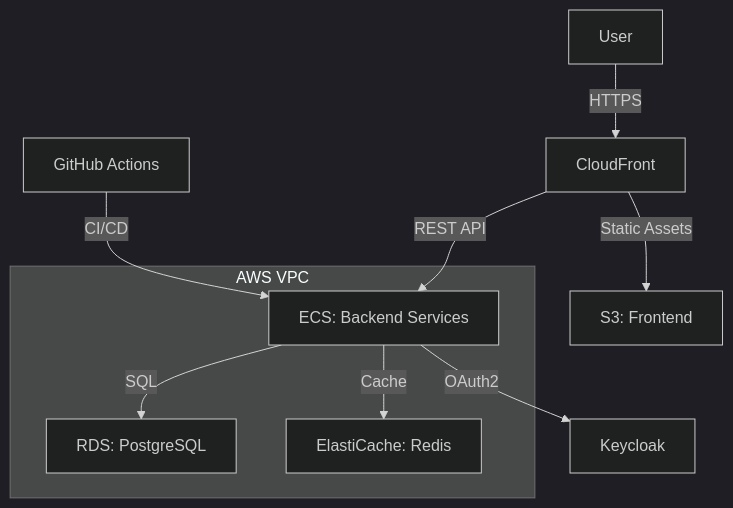
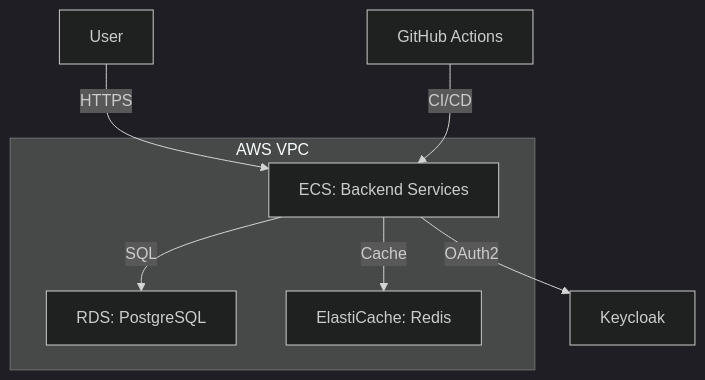
The fourth of 5 diagrams in docs/architecture/arc42.md (ADORSYS-GIS/DGAT-sustainability), drawn with Mermaid (dark theme) before and after one commit. The commit also changed other lines of this file, not shown here.

````diff
--- a/docs/architecture/arc42.md
+++ b/docs/architecture/arc42.md
@@ -180,15 +181,13 @@
 ```mermaid
 graph TD
-    A[User] -->|HTTPS| B[CloudFront]
-    B -->|Static Assets| C[S3: Frontend]
-    B -->|REST API| D[ECS: Backend Services]
+    A[User] -->|HTTPS| D[ECS: Backend Services]
     D -->|SQL| E[RDS: PostgreSQL]
     D -->|OAuth2| F[Keycloak]
     D -->|Cache| G[ElastiCache: Redis]
     H[GitHub Actions] -->|CI/CD| D
     subgraph "AWS VPC"
         D[ECS: Backend Services]
         E[RDS: PostgreSQL]
         G[ElastiCache: Redis]
     end
 ```
````
